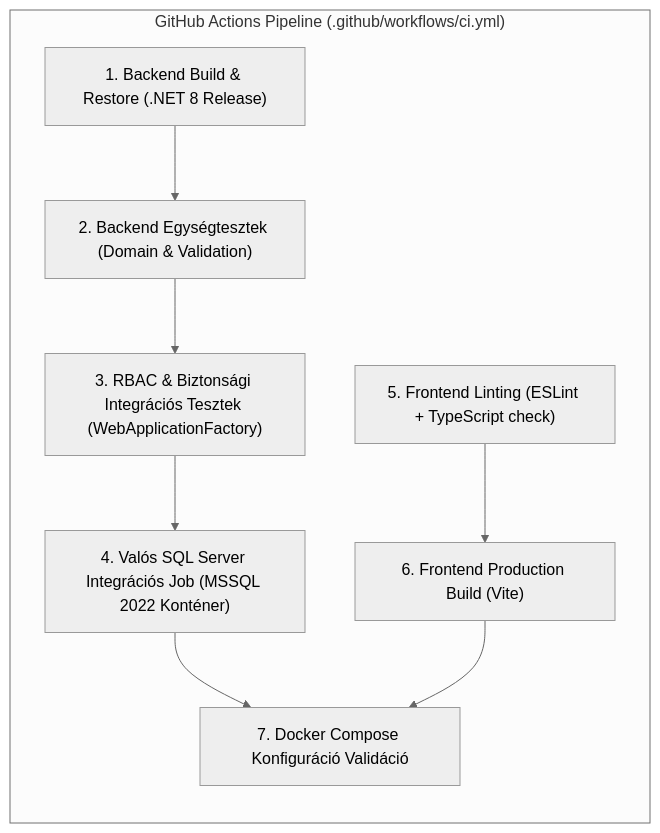
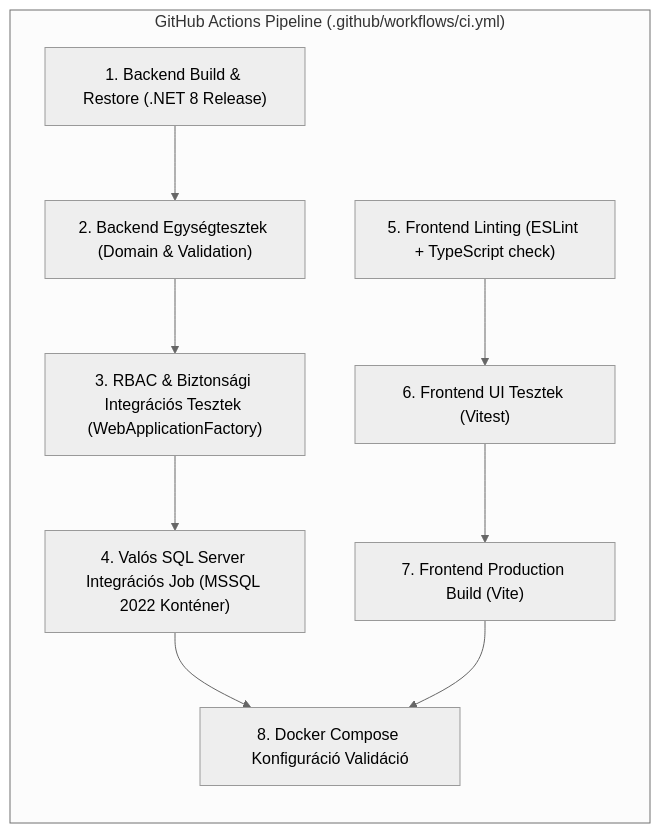
The fourth of 4 diagrams in projektterv.md (CsKitti24/ProjektLabor), drawn with Mermaid (neutral theme) before and after one commit. The commit also changed other lines of this file and 39 other files, not shown here.

````diff
--- a/projektterv.md
+++ b/projektterv.md
@@ -380,18 +380,19 @@
 ```mermaid
 flowchart TD
     subgraph CI["GitHub Actions Pipeline (.github/workflows/ci.yml)"]
         direction TB
         B_Build["1. Backend Build & Restore (.NET 8 Release)"]
         B_Unit["2. Backend Egységtesztek (Domain & Validation)"]
         B_RBAC["3. RBAC & Biztonsági Integrációs Tesztek (WebApplicationFactory)"]
         SQL_Job["4. Valós SQL Server Integrációs Job (MSSQL 2022 Konténer)"]
         F_Lint["5. Frontend Linting (ESLint + TypeScript check)"]
-        F_Build["6. Frontend Production Build (Vite)"]
-        D_Comp["7. Docker Compose Konfiguráció Validáció"]
+        F_Test["6. Frontend UI Tesztek (Vitest)"]
+        F_Build["7. Frontend Production Build (Vite)"]
+        D_Comp["8. Docker Compose Konfiguráció Validáció"]
         
         B_Build --> B_Unit --> B_RBAC --> SQL_Job
-        F_Lint --> F_Build
+        F_Lint --> F_Test --> F_Build
         SQL_Job --> D_Comp
         F_Build --> D_Comp
     end
 ```
````
